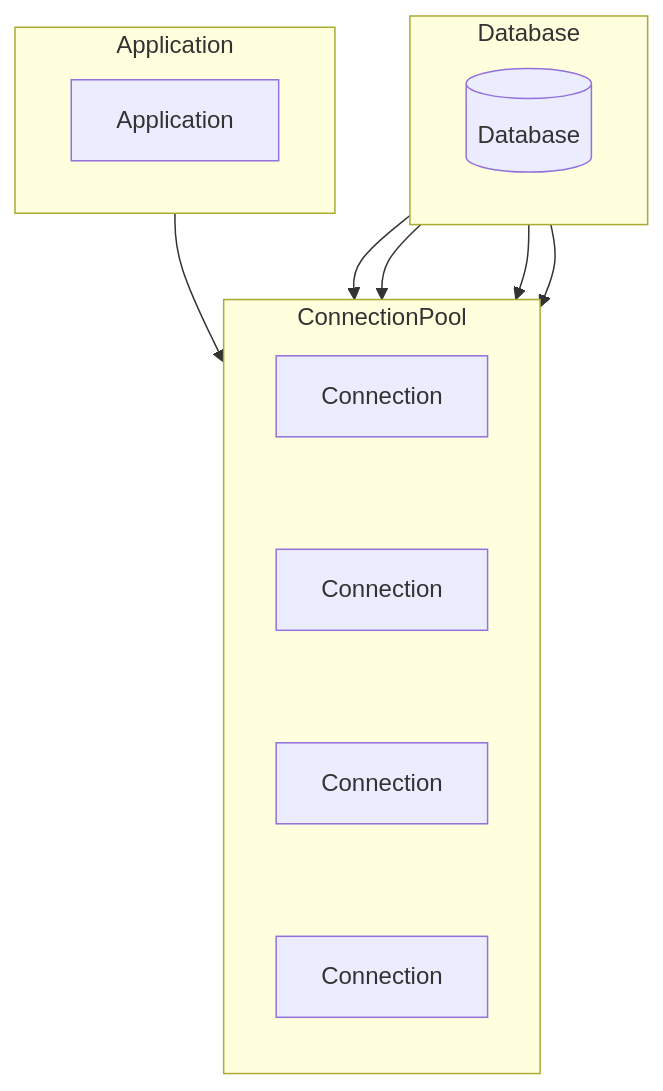
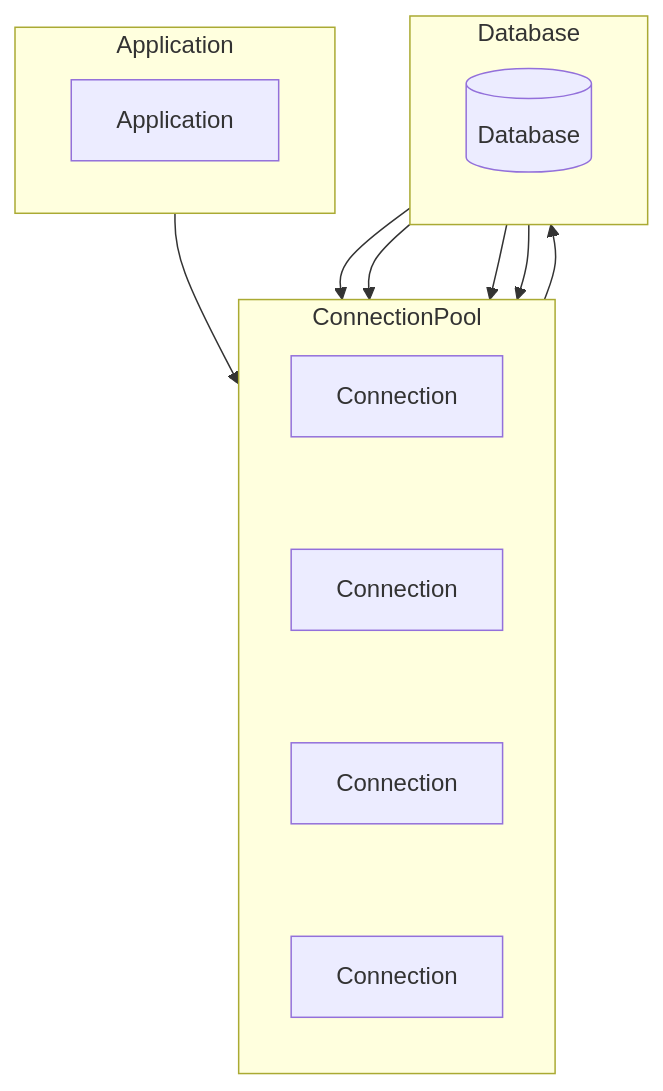
The diagram in application/db/connection_pool.md (benggri/study), drawn with Mermaid before and after one commit.

````diff
--- a/application/db/connection_pool.md
+++ b/application/db/connection_pool.md
@@ -3,24 +3,24 @@
 ```mermaid
 flowchart TB
   subgraph Application
     APP[Application]
   end
   subgraph ConnectionPool
     direction TB
     C1[Connection]
     C2[Connection]
     C3[Connection]
     C4[Connection]
     C1 ~~~ C2
     C2 ~~~ C3
     C3 ~~~ C4
   end
   subgraph Database
     DB[(Database)]
   end 
-  Application --> ConnectionPool
+  Application --> ConnectionPool --> Database
   Database --> C1
   Database --> C2
   Database --> C3
   Database --> C4
 ```
````
